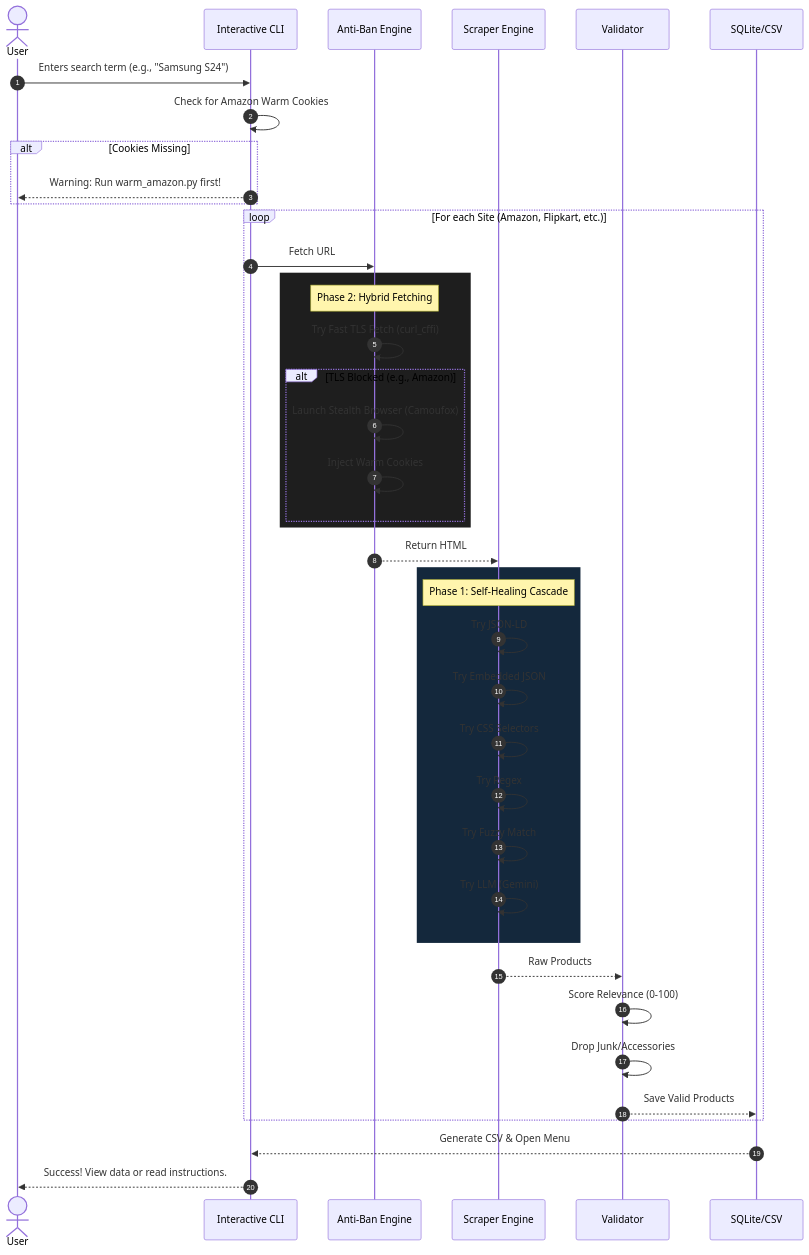
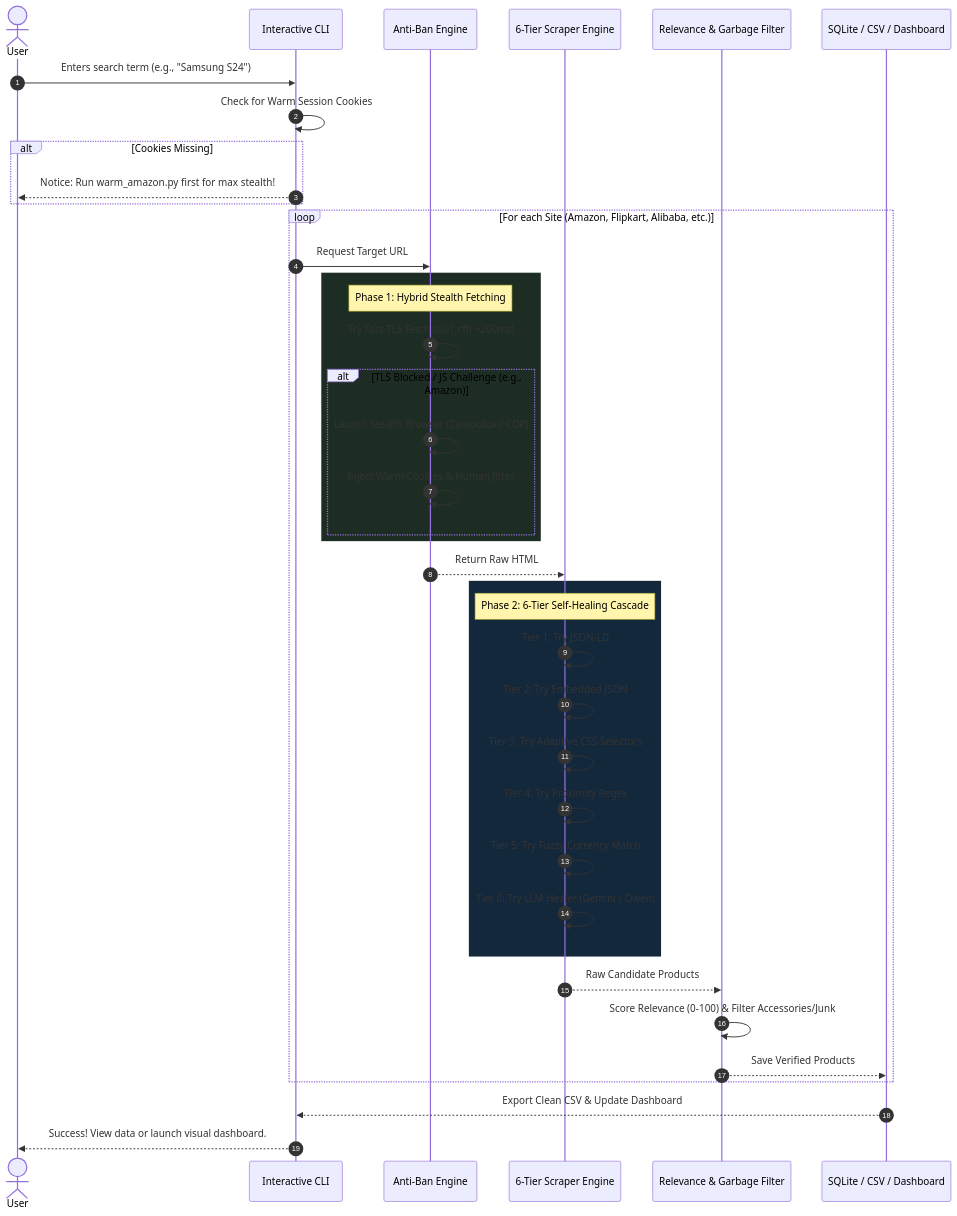
Before and after one commit to uyg7x/Self-Healing-Web-Scraper: the diagram in README.md, drawn with Mermaid. The commit also changed other lines of this file, not shown here.

````diff
--- a/README.md
+++ b/README.md
@@ -91,49 +171,42 @@
 ```mermaid
 sequenceDiagram
     autonumber
     actor User
     participant UI as Interactive CLI
     participant AE as Anti-Ban Engine
-    participant Engine as Scraper Engine
-    participant Validator
-    participant DB as SQLite/CSV
+    participant Engine as 6-Tier Scraper Engine
+    participant Validator as Relevance & Garbage Filter
+    participant DB as SQLite / CSV / Dashboard
 
     User->>UI: Enters search term (e.g., "Samsung S24")
-    UI->>UI: Check for Amazon Warm Cookies
+    UI->>UI: Check for Warm Session Cookies
     alt Cookies Missing
-        UI-->>User: Warning: Run warm_amazon.py first!
+        UI-->>User: Notice: Run warm_amazon.py first for max stealth!
     end
-    
-    loop For each Site (Amazon, Flipkart, etc.)
-        UI->>AE: Fetch URL
-        
-        rect rgb(30, 30, 30)
-            Note over AE: Phase 2: Hybrid Fetching
-            AE->>AE: Try Fast TLS Fetch (curl_cffi)
-            alt TLS Blocked (e.g., Amazon)
-                AE->>AE: Launch Stealth Browser (Camoufox)
-                AE->>AE: Inject Warm Cookies
-            end
+    loop For each Site (Amazon, Flipkart, Alibaba, etc.)
+        UI->>AE: Request Target URL
+        rect rgb(30, 45, 35)
+        Note over AE: Phase 1: Hybrid Stealth Fetching
+        AE->>AE: Try Fast TLS Fetch (curl_cffi ~200ms)
+        alt TLS Blocked / JS Challenge (e.g., Amazon)
+            AE->>AE: Launch Stealth Browser (Camoufox / CDP)
+            AE->>AE: Inject Warm Cookies & Human Jitter
         end
-        
-        AE-->>Engine: Return HTML
-        
+        end
+        AE-->>Engine: Return Raw HTML
         rect rgb(20, 40, 60)
-            Note over Engine: Phase 1: Self-Healing Cascade
-            Engine->>Engine: Try JSON-LD
-            Engine->>Engine: Try Embedded JSON
-            Engine->>Engine: Try CSS Selectors
-            Engine->>Engine: Try Regex
-            Engine->>Engine: Try Fuzzy Match
-            Engine->>Engine: Try LLM (Gemini)
+        Note over Engine: Phase 2: 6-Tier Self-Healing Cascade
+        Engine->>Engine: Tier 1: Try JSON-LD
+        Engine->>Engine: Tier 2: Try Embedded JSON
+        Engine->>Engine: Tier 3: Try Adaptive CSS Selectors
+        Engine->>Engine: Tier 4: Try Proximity Regex
+        Engine->>Engine: Tier 5: Try Fuzzy Currency Match
+        Engine->>Engine: Tier 6: Try LLM Healer (Gemini / Qwen)
         end
-        
-        Engine-->>Validator: Raw Products
-        Validator->>Validator: Score Relevance (0-100)
-        Validator->>Validator: Drop Junk/Accessories
-        Validator-->>DB: Save Valid Products
+        Engine-->>Validator: Raw Candidate Products
+        Validator->>Validator: Score Relevance (0-100) & Filter Accessories/Junk
+        Validator-->>DB: Save Verified Products
     end
-    
-    DB-->>UI: Generate CSV & Open Menu
-    UI-->>User: Success! View data or read instructions.
+    DB-->>UI: Export Clean CSV & Update Dashboard
+    UI-->>User: Success! View data or launch visual dashboard.
 ```
````
